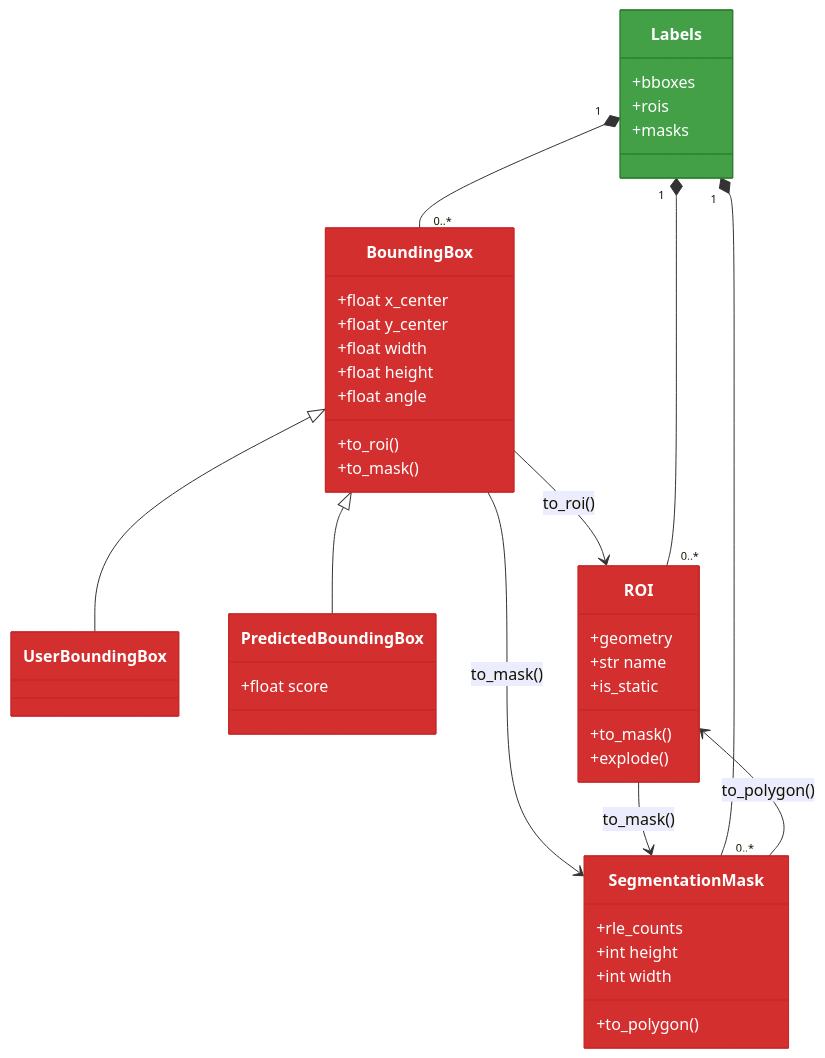
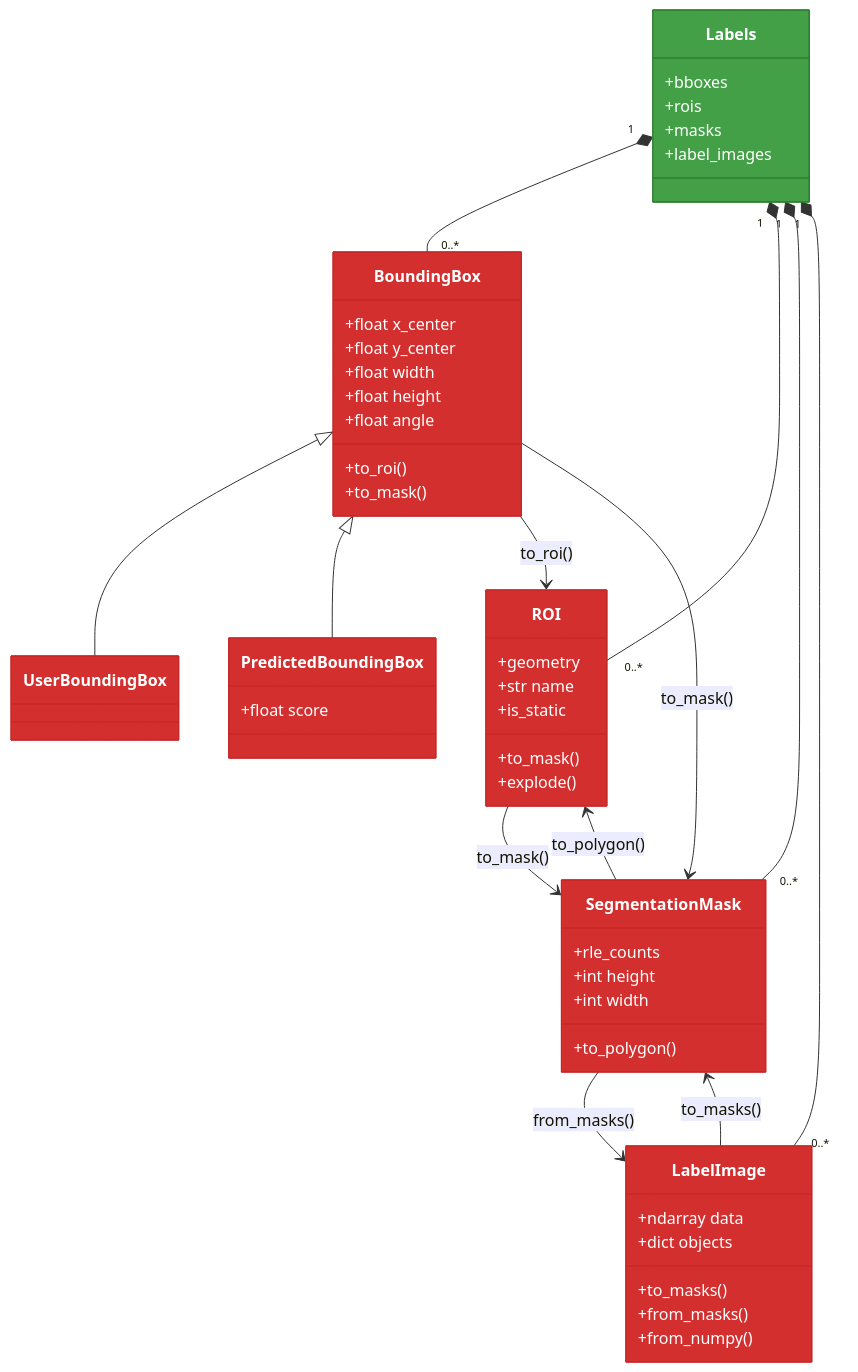
The diagram in docs/model/regions.md (talmolab/sleap-io), drawn with Mermaid before and after one commit. The commit also changed other lines of this file and 5 other files, not shown here.

First line of the commit message:
docs: Add LabelImage and TIFF format documentation

````diff
--- a/docs/model/regions.md
+++ b/docs/model/regions.md
@@ -341,51 +528,63 @@
 ``` mermaid
 classDiagram
     class BoundingBox:::regions {
         +float x_center
         +float y_center
         +float width
         +float height
         +float angle
         +to_roi()
         +to_mask()
     }
 
     class UserBoundingBox:::regions
     class PredictedBoundingBox:::regions {
         +float score
     }
 
     class ROI:::regions {
         +geometry
         +str name
         +is_static
         +to_mask()
         +explode()
     }
 
     class SegmentationMask:::regions {
         +rle_counts
         +int height
         +int width
         +to_polygon()
     }
 
+    class LabelImage:::regions {
+        +ndarray data
+        +dict objects
+        +to_masks()
+        +from_masks()
+        +from_numpy()
+    }
+
     class Labels:::labels {
         +bboxes
         +rois
         +masks
+        +label_images
     }
 
     BoundingBox <|-- UserBoundingBox
     BoundingBox <|-- PredictedBoundingBox
     BoundingBox --> ROI : to_roi()
     BoundingBox --> SegmentationMask : to_mask()
     ROI --> SegmentationMask : to_mask()
     SegmentationMask --> ROI : to_polygon()
+    LabelImage --> SegmentationMask : to_masks()
+    SegmentationMask --> LabelImage : from_masks()
     Labels "1" *-- "0..*" BoundingBox
     Labels "1" *-- "0..*" ROI
     Labels "1" *-- "0..*" SegmentationMask
+    Labels "1" *-- "0..*" LabelImage
 
     classDef regions fill:#d32f2f,stroke:#c62828,color:#fff
     classDef labels fill:#43a047,stroke:#2e7d32,color:#fff
 ```
````
